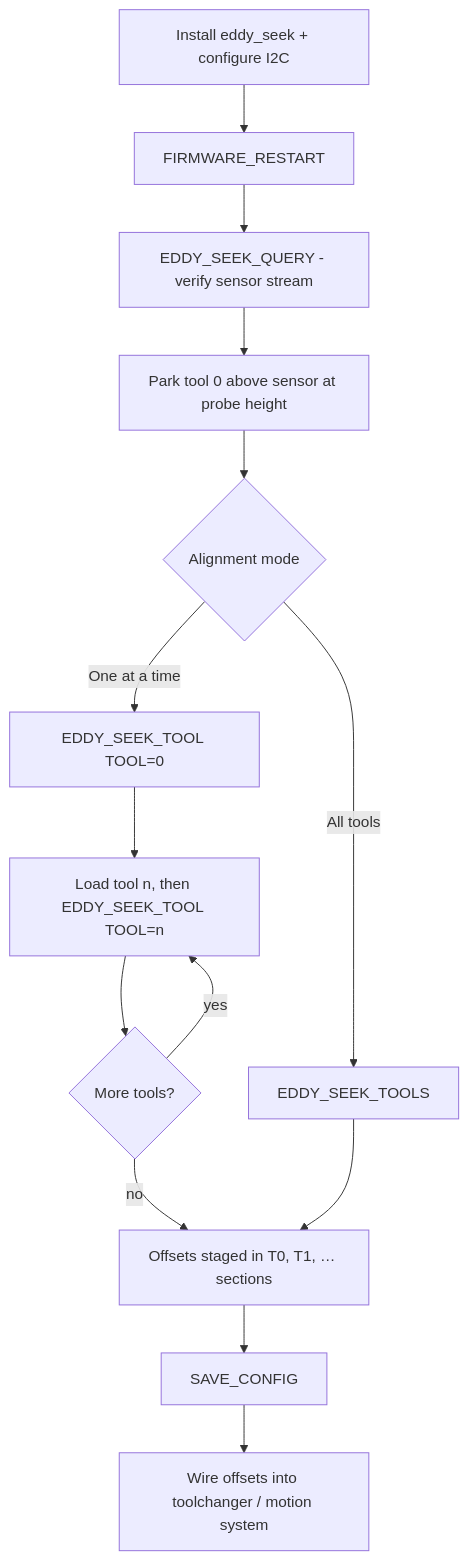
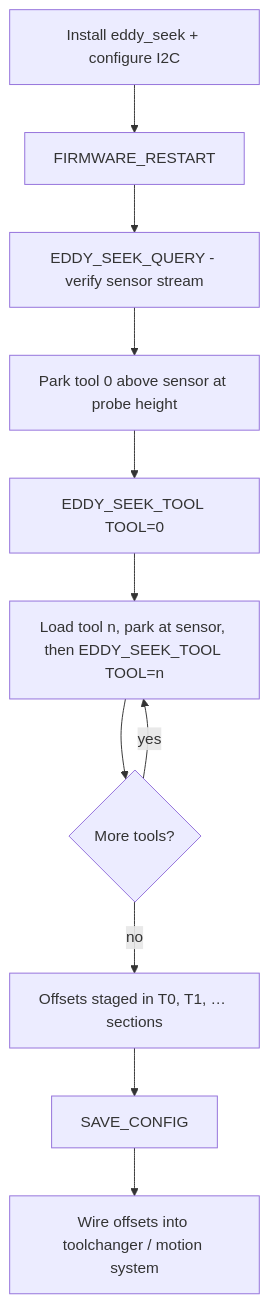
The first of 7 diagrams in docs/CALIBRATION_PROCESS.md (charliemayall/EddySeek), drawn with Mermaid before and after one commit. The commit also changed other lines of this file and 19 other files, not shown here.

First line of the commit message:
fix:LOAD= / sensor_x/y) - remove handling of loading tools

````diff
--- a/docs/CALIBRATION_PROCESS.md
+++ b/docs/CALIBRATION_PROCESS.md
@@ -31,16 +30,13 @@
 ```mermaid
 flowchart TD
     A[Install eddy_seek + configure I2C] --> B[FIRMWARE_RESTART]
     B --> C[EDDY_SEEK_QUERY - verify sensor stream]
     C --> D[Park tool 0 above sensor at probe height]
-    D --> E{Alignment mode}
-    E -->|All tools| F[EDDY_SEEK_TOOLS]
-    E -->|One at a time| G[EDDY_SEEK_TOOL TOOL=0]
-    G --> H[Load tool n, then EDDY_SEEK_TOOL TOOL=n]
+    D --> G[EDDY_SEEK_TOOL TOOL=0]
+    G --> H[Load tool n, park at sensor, then EDDY_SEEK_TOOL TOOL=n]
     H --> MORE{More tools?}
     MORE -->|yes| H
     MORE -->|no| J[Offsets staged in T0, T1, … sections]
-    F --> J
     J --> K[SAVE_CONFIG]
     K --> L[Wire offsets into toolchanger / motion system]
 ```
````
